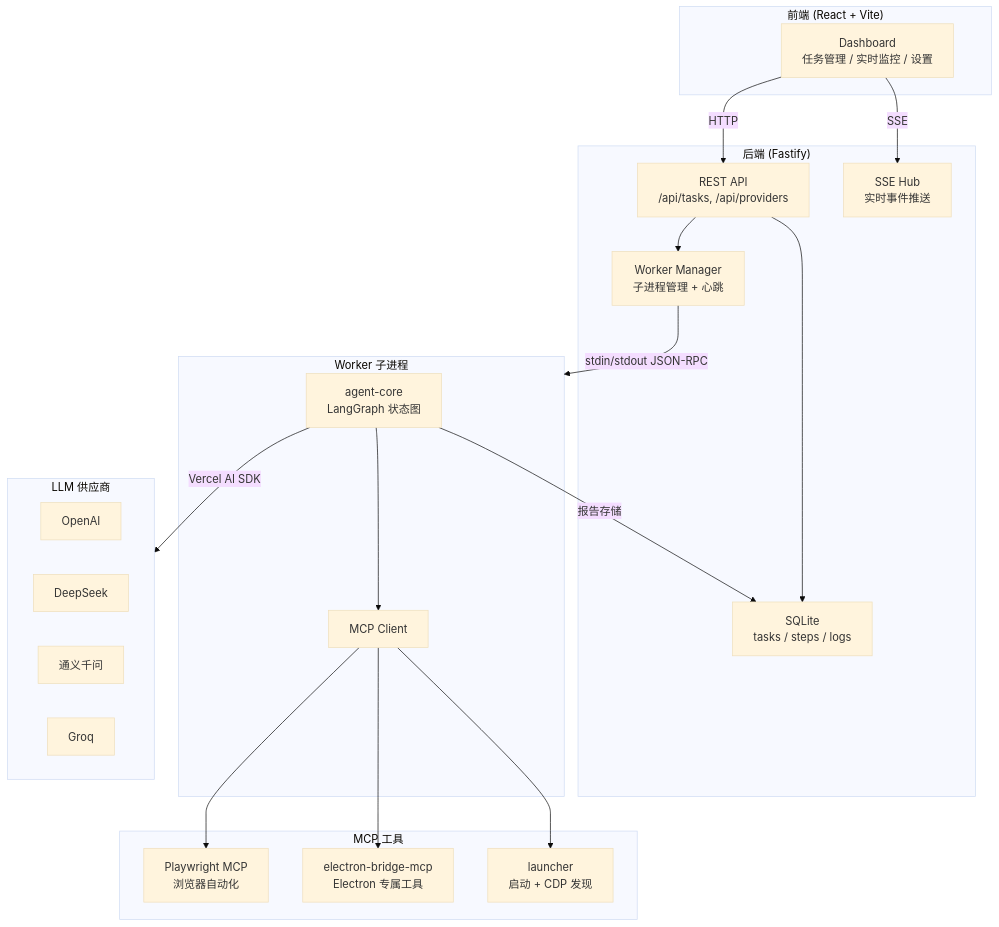
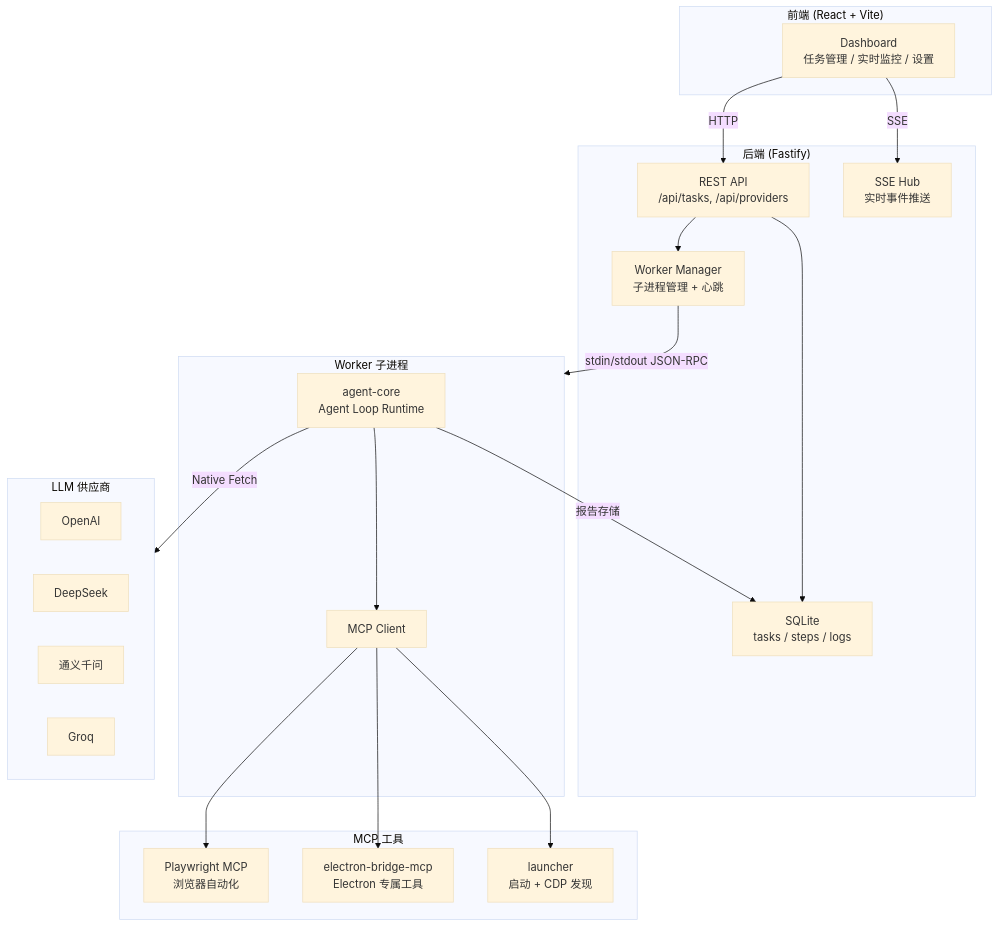
One commit to hoye1113/ElectronHound changed the first of 2 diagrams in README.md. Above: the diagram before and after it, drawn with Mermaid (base theme). The commit also changed other lines of this file and 4 other files, not shown here.

````diff
--- a/README.md
+++ b/README.md
@@ -118,43 +118,43 @@
 ```mermaid
 graph TB
     subgraph Frontend["前端 (React + Vite)"]
         Dashboard["Dashboard<br/>任务管理 / 实时监控 / 设置"]
     end
 
     subgraph Server["后端 (Fastify)"]
         API["REST API<br/>/api/tasks, /api/providers"]
         SSE["SSE Hub<br/>实时事件推送"]
         WM["Worker Manager<br/>子进程管理 + 心跳"]
         DB["SQLite<br/>tasks / steps / logs"]
     end
 
     subgraph Worker["Worker 子进程"]
-        AgentCore["agent-core<br/>LangGraph 状态图"]
+        AgentCore["agent-core<br/>Agent Loop Runtime"]
         MCP["MCP Client"]
     end
 
     subgraph MCPTools["MCP 工具"]
         Playwright["Playwright MCP<br/>浏览器自动化"]
         Bridge["electron-bridge-mcp<br/>Electron 专属工具"]
         Launcher["launcher<br/>启动 + CDP 发现"]
     end
 
     subgraph LLM["LLM 供应商"]
         OpenAI["OpenAI"]
         DeepSeek["DeepSeek"]
         Qwen["通义千问"]
         Groq["Groq"]
     end
 
     Dashboard -->|HTTP| API
     Dashboard -->|SSE| SSE
     API --> WM
     WM -->|stdin/stdout JSON-RPC| Worker
     AgentCore --> MCP
     MCP --> Playwright
     MCP --> Bridge
     MCP --> Launcher
-    AgentCore -->|Vercel AI SDK| LLM
+    AgentCore -->|Native Fetch| LLM
     API --> DB
     AgentCore -->|"报告存储"| DB
 ```
````
